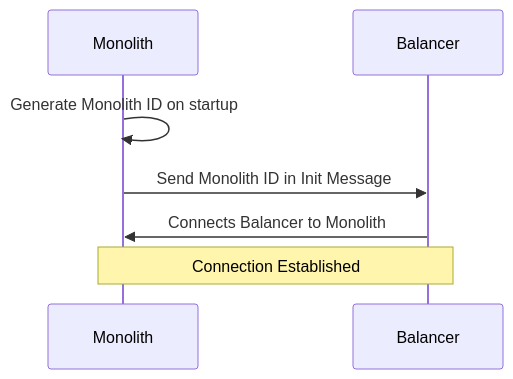
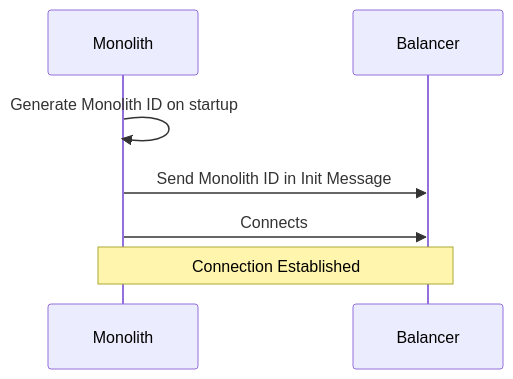
The diagram in figures/monolith-id-sequence.mmd (dyc3/senior-design), drawn with Mermaid before and after one commit. The commit also changed 1 other file, not shown here.

```diff
--- a/figures/monolith-id-sequence.mmd
+++ b/figures/monolith-id-sequence.mmd
@@ -1,8 +1,8 @@
 sequenceDiagram
     participant Monolith
     participant Balancer
 
     Monolith->>Monolith: Generate Monolith ID on startup
     Monolith->>Balancer: Send Monolith ID in Init Message
-    Balancer->>Monolith: Connects Balancer to Monolith
+    Monolith->>Balancer: Connects
     Note over Monolith,Balancer: Connection Established
```
